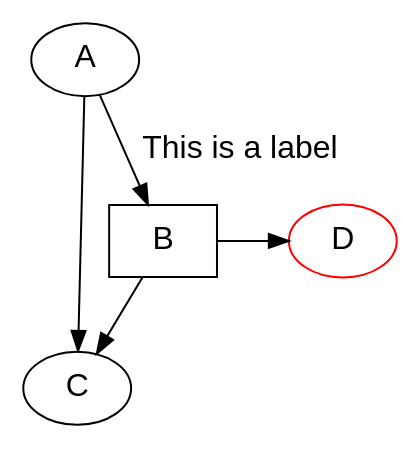
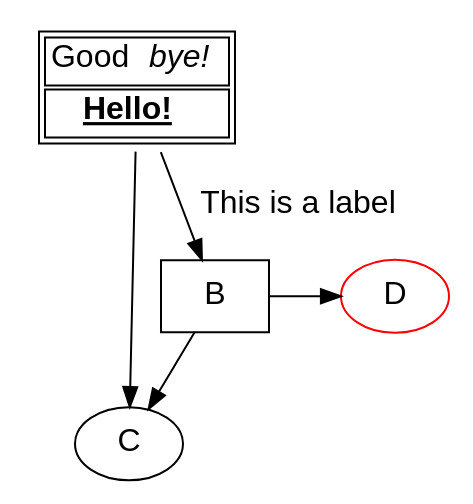
Before and after one commit to softwaretechnik-berlin/graphviz-scala: the diagram in doc/test.dot, drawn with Graphviz. The commit also changed 4 other files, not shown here.

```diff
--- a/doc/test.dot
+++ b/doc/test.dot
@@ -1,30 +1,33 @@
 digraph  {
   node  [
     fontname = "Helvetica";
     fontsize = 16.0;
   ];
   edge  [
     fontname = "Helvetica";
     fontsize = 16.0;
   ];
   fontname = "Helvetica";
   fontsize = 16.0;
-  A;
+  A [
+    label = <<TABLE><TR><TD>Good <I>bye!</I></TD></TR><TR><TD><B><U>Hello!</U></B></TD></TR></TABLE>>;
+    shape = none;
+  ];
   C;
   subgraph  {
     rank = same;
     B [
       shape = box;
     ];
     D [
       color = "#FF0000";
     ];
   }
   
   A -> B [
     label = "This is a label";
   ];
   A -> C;
   B -> C;
   B -> D;
 }
```
